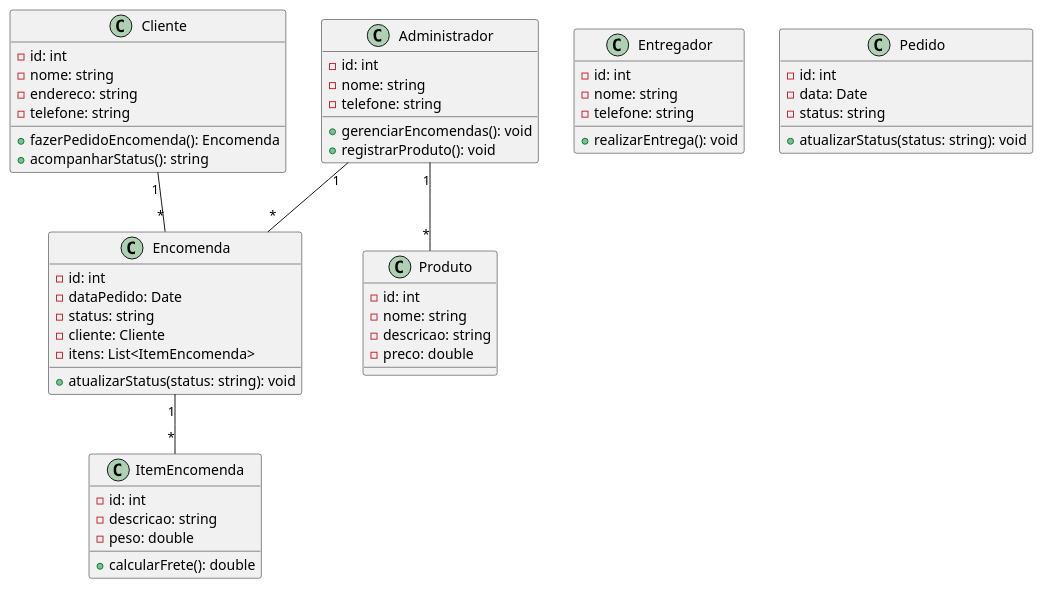
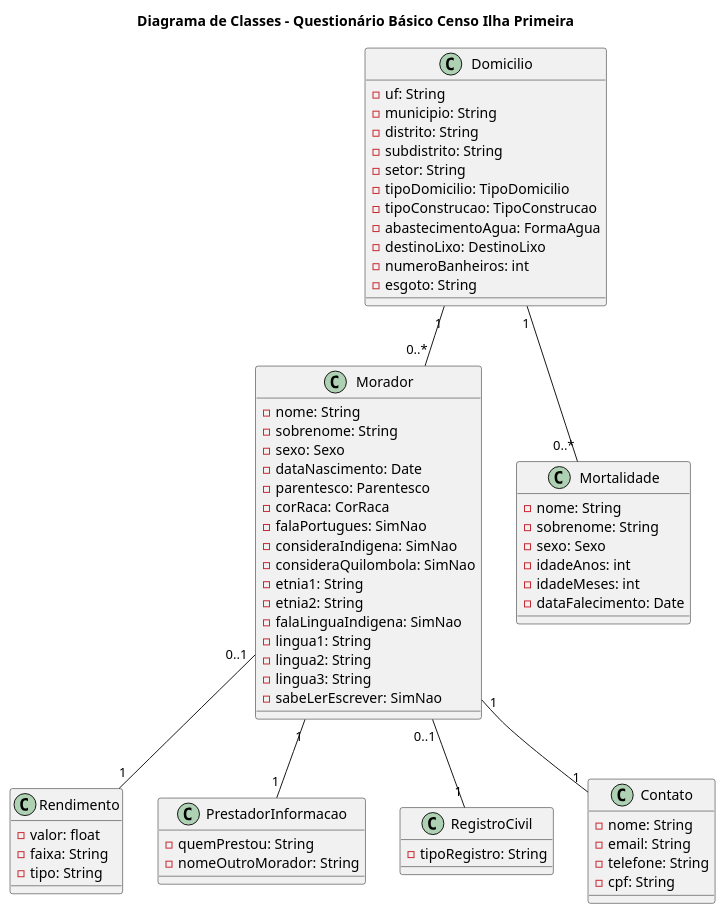
The diagram in docs/__Elaboração/DiagramaDeClasses.md (Projetos-de-Extensao/PBE_ADS_25.1_8001_II), drawn with PlantUML before and after one commit. The commit also changed 3 other files, not shown here.

Commit message:
Diagrama de classes/Formulário Censo

```diff
--- a/docs/__Elaboração/DiagramaDeClasses.md
+++ b/docs/__Elaboração/DiagramaDeClasses.md
@@ -1,62 +1,78 @@
 @startuml
+' Título do Diagrama
+title Diagrama de Classes - Questionário Básico Censo Ilha Primeira
 
-class Cliente {
-    -id: int
-    -nome: string
-    -endereco: string
-    -telefone: string
-    +fazerPedidoEncomenda(): Encomenda
-    +acompanharStatus(): string
+' CLASSES PRINCIPAIS
+class Domicilio {
+  - uf: String
+  - municipio: String
+  - distrito: String
+  - subdistrito: String
+  - setor: String
+  - tipoDomicilio: TipoDomicilio
+  - tipoConstrucao: TipoConstrucao
+  - abastecimentoAgua: FormaAgua
+  - destinoLixo: DestinoLixo
+  - numeroBanheiros: int
+  - esgoto: String
 }
 
-class Entregador {
-    -id: int
-    -nome: string
-    -telefone: string
-    +realizarEntrega(): void
+class Morador {
+  - nome: String
+  - sobrenome: String
+  - sexo: Sexo
+  - dataNascimento: Date
+  - parentesco: Parentesco
+  - corRaca: CorRaca
+  - falaPortugues: SimNao
+  - consideraIndigena: SimNao
+  - consideraQuilombola: SimNao
+  - etnia1: String
+  - etnia2: String
+  - falaLinguaIndigena: SimNao
+  - lingua1: String
+  - lingua2: String
+  - lingua3: String
+  - sabeLerEscrever: SimNao
 }
 
-class Encomenda {
-    -id: int
-    -dataPedido: Date
-    -status: string
-    -cliente: Cliente
-    -itens: List<ItemEncomenda>
-    +atualizarStatus(status: string): void
+class Rendimento {
+  - valor: float
+  - faixa: String
+  - tipo: String
 }
 
-class ItemEncomenda {
-    -id: int
-    -descricao: string
-    -peso: double
-    +calcularFrete(): double
+class Mortalidade {
+  - nome: String
+  - sobrenome: String
+  - sexo: Sexo
+  - idadeAnos: int
+  - idadeMeses: int
+  - dataFalecimento: Date
 }
 
-class Administrador {
-    -id: int
-    -nome: string
-    -telefone: string
-    +gerenciarEncomendas(): void
-    +registrarProduto(): void
+class PrestadorInformacao {
+  - quemPrestou: String
+  - nomeOutroMorador: String
 }
 
-class Produto {
-    -id: int
-    -nome: string
-    -descricao: string
-    -preco: double
+class RegistroCivil {
+  - tipoRegistro: String
 }
 
-class Pedido {
-    -id: int
-    -data: Date
-    -status: string
-    +atualizarStatus(status: string): void
+class Contato {
+  - nome: String
+  - email: String
+  - telefone: String
+  - cpf: String
 }
 
-Cliente "1" -- "*" Encomenda
-Encomenda "1" -- "*" ItemEncomenda
-Administrador "1" -- "*" Produto
-Administrador "1" -- "*" Encomenda
+' RELACIONAMENTOS
+Domicilio "1" -- "0..*" Morador
+Domicilio "1" -- "0..*" Mortalidade
+Morador "0..1" -- "1" RegistroCivil
+Morador "0..1" -- "1" Rendimento
+Morador "1" -- "1" PrestadorInformacao
+Morador "1" -- "1" Contato
 
 @enduml
```
